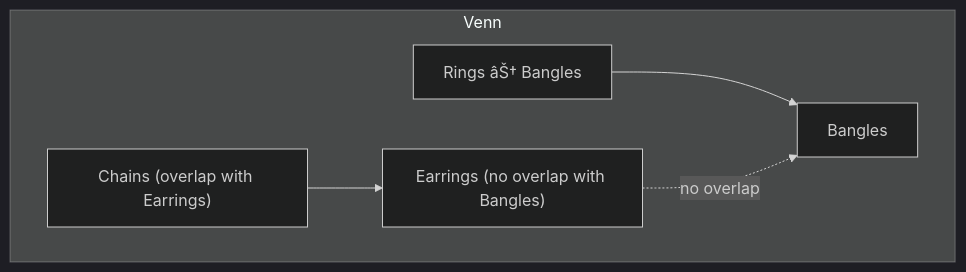
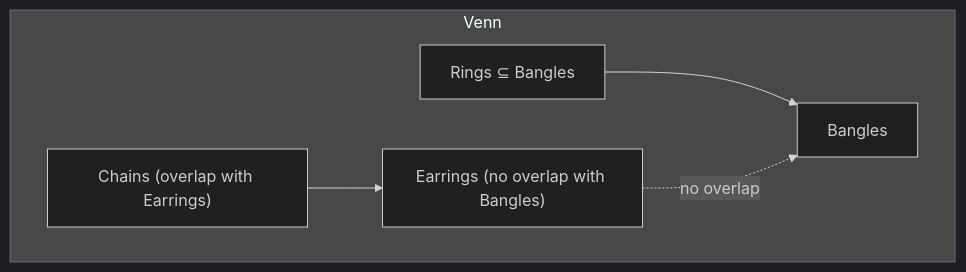
Before and after one commit to Raushan666java/ai-engineering-journey: the second of 3 diagrams in docs/courses/government-pyqs/02-ibps-so-2023.md, drawn with Mermaid (dark theme). The commit also changed other lines of this file and 965 other files, not shown here.

````diff
--- a/docs/courses/government-pyqs/02-ibps-so-2023.md
+++ b/docs/courses/government-pyqs/02-ibps-so-2023.md
@@ -343,12 +343,12 @@
 ```mermaid
 graph TD
     subgraph Venn
-        R["Rings âŠ† Bangles"]
+        R["Rings ⊆ Bangles"]
         B["Bangles"]
         E["Earrings (no overlap with Bangles)"]
         C["Chains (overlap with Earrings)"]
     end
     R --> B
     E -. "no overlap" .-> B
     C --> E
 ```
````
